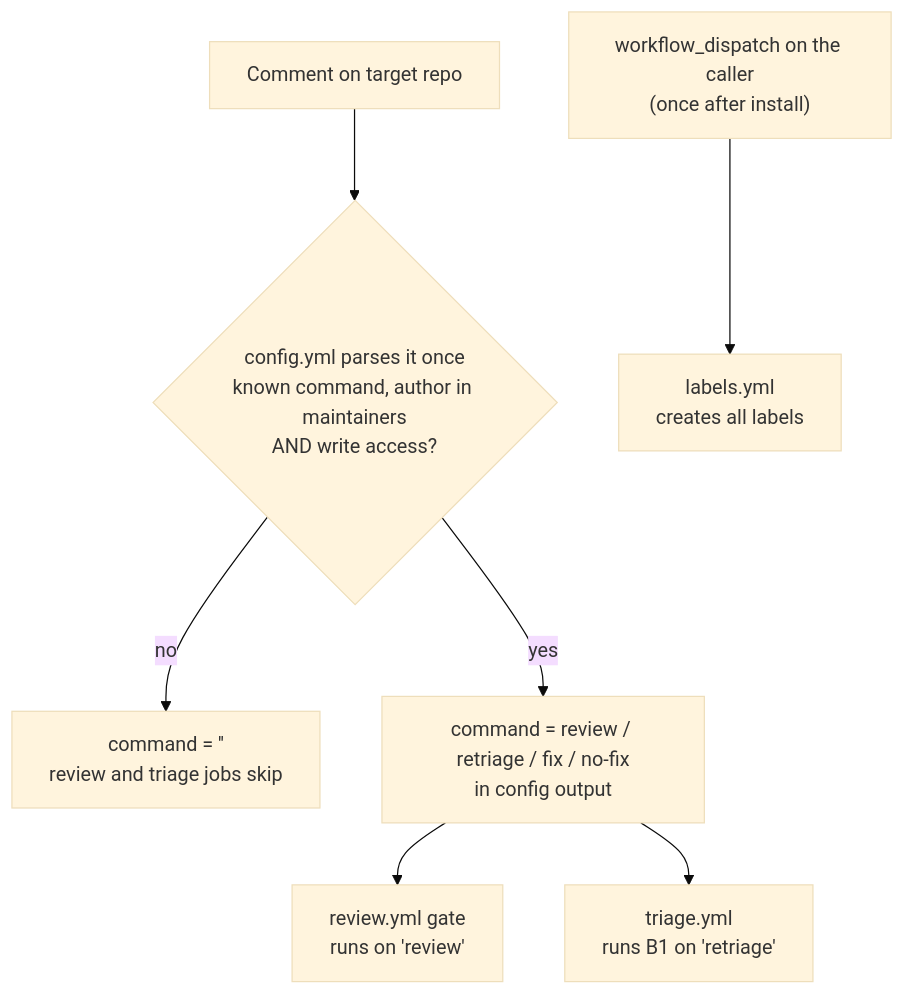
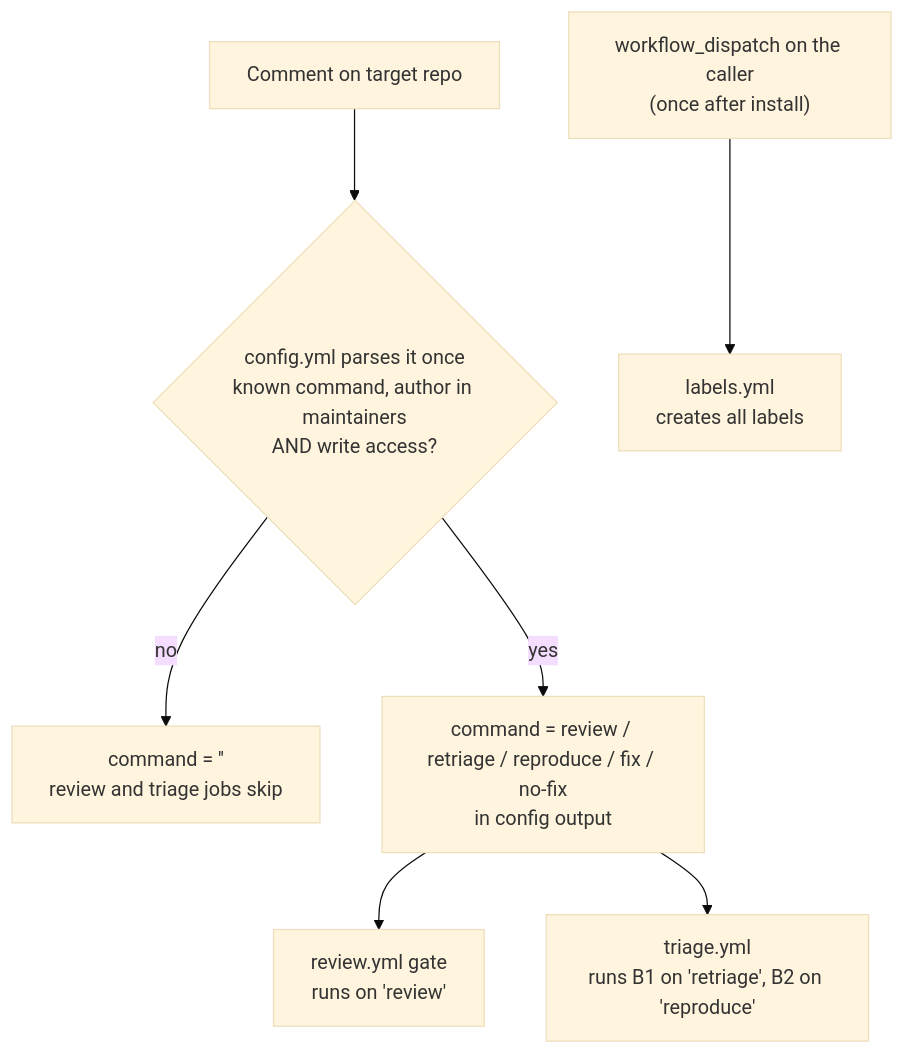
One commit to esciara/ai-workflows changed the second of 15 diagrams in docs/diagrams.md. Above: the diagram before and after it, drawn with Mermaid (base theme). The commit also changed other lines of this file, not shown here.

First line of the commit message:
docs(diagrams): WP6 reproduce diagram, WP6/WP11b1 done, WP7 in progress, /reproduce, guard error clearing

````diff
--- a/docs/diagrams.md
+++ b/docs/diagrams.md
@@ -196,9 +196,9 @@
 ```mermaid
 flowchart TD
   C["Comment on target repo"] --> P{"config.yml parses it once<br/>known command, author in maintainers<br/>AND write access?"}
   P -- no --> I["command = ''<br/>review and triage jobs skip"]
-  P -- yes --> O["command = review / retriage / fix / no-fix<br/>in config output"]
+  P -- yes --> O["command = review / retriage / reproduce / fix / no-fix<br/>in config output"]
   O --> RV["review.yml gate<br/>runs on 'review'"]
-  O --> TR["triage.yml<br/>runs B1 on 'retriage'"]
+  O --> TR["triage.yml<br/>runs B1 on 'retriage', B2 on 'reproduce'"]
   D["workflow_dispatch on the caller<br/>(once after install)"] --> L["labels.yml<br/>creates all labels"]
 ```
````
